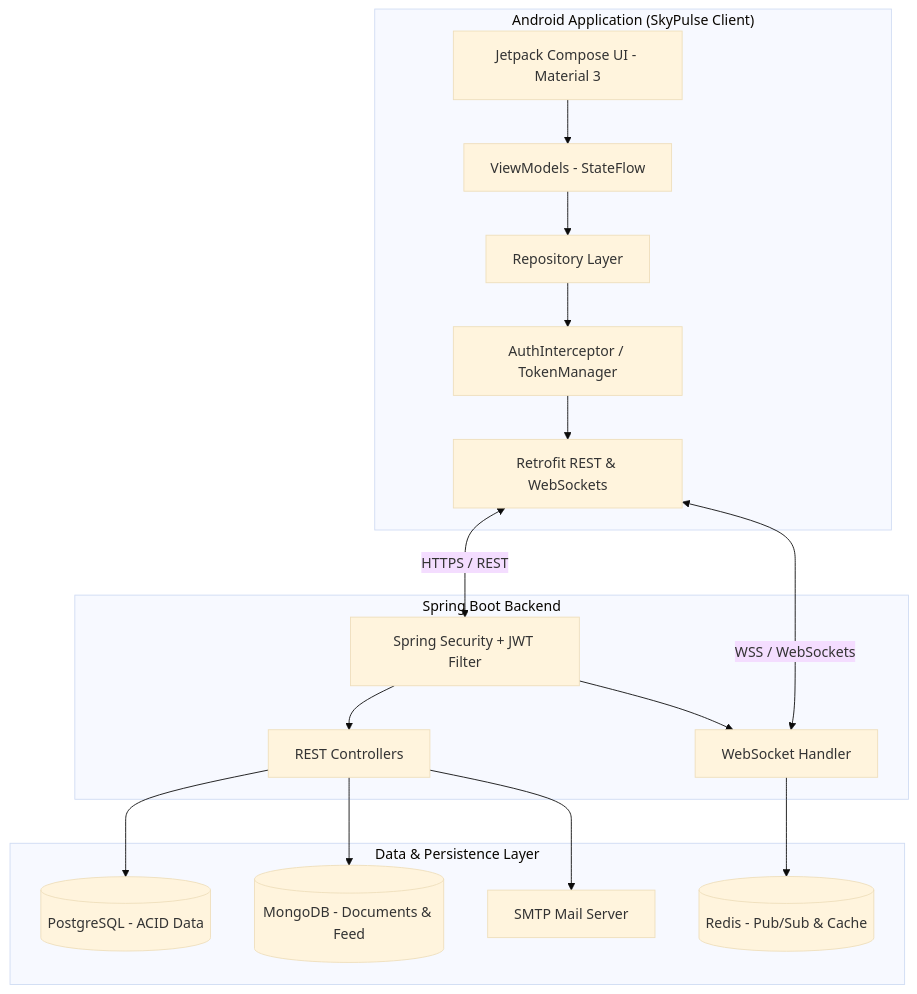
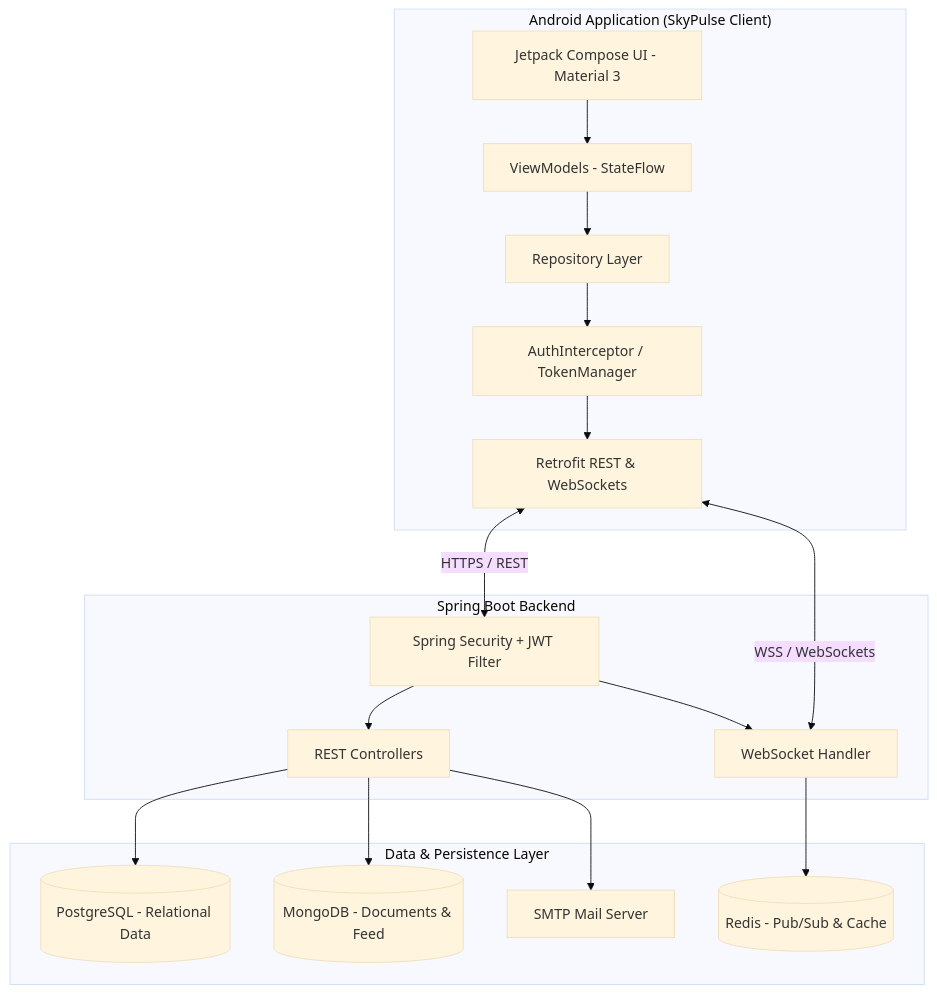
One commit to yashdev404/SkyPulse-Android changed the diagram in README.md. Above: the diagram before and after it, drawn with Mermaid (base theme). The commit also changed other lines of this file and 3 other files, not shown here.

````diff
--- a/README.md
+++ b/README.md
@@ -84,39 +112,39 @@
 ```mermaid
 flowchart TD
-    subgraph "Android Application (SkyPulse Client)"
-        UI[Jetpack Compose UI - Material 3]
-        VM[ViewModels - StateFlow]
-        REPO[Repository Layer]
-        INTERCEPTOR[AuthInterceptor / TokenManager]
-        NET[Retrofit REST & WebSockets]
+    subgraph Client ["Android Application (SkyPulse Client)"]
+        UI["Jetpack Compose UI - Material 3"]
+        VM["ViewModels - StateFlow"]
+        REPO["Repository Layer"]
+        INTERCEPTOR["AuthInterceptor / TokenManager"]
+        NET["Retrofit REST & WebSockets"]
         
         UI --> VM
         VM --> REPO
         REPO --> INTERCEPTOR
         INTERCEPTOR --> NET
     end
 
-    subgraph "Spring Boot Backend"
-        SEC[Spring Security + JWT Filter]
-        REST[REST Controllers]
-        WS[WebSocket Handler]
+    subgraph Backend ["Spring Boot Backend"]
+        SEC["Spring Security + JWT Filter"]
+        REST["REST Controllers"]
+        WS["WebSocket Handler"]
         
         SEC --> REST
         SEC --> WS
     end
 
-    subgraph "Data & Persistence Layer"
-        PG[(PostgreSQL - ACID Data)]
-        MONGO[(MongoDB - Documents & Feed)]
-        REDIS[(Redis - Pub/Sub & Cache)]
-        SMTP[SMTP Mail Server]
+    subgraph Data ["Data & Persistence Layer"]
+        PG[("PostgreSQL - Relational Data")]
+        MONGO[("MongoDB - Documents & Feed")]
+        REDIS[("Redis - Pub/Sub & Cache")]
+        SMTP["SMTP Mail Server"]
     end
 
-    NET <-->|HTTPS / REST| SEC
-    NET <-->|WSS / WebSockets| WS
+    NET <-->|"HTTPS / REST"| SEC
+    NET <-->|"WSS / WebSockets"| WS
 
     REST --> PG
     REST --> MONGO
     REST --> SMTP
     WS --> REDIS
 ```
````
